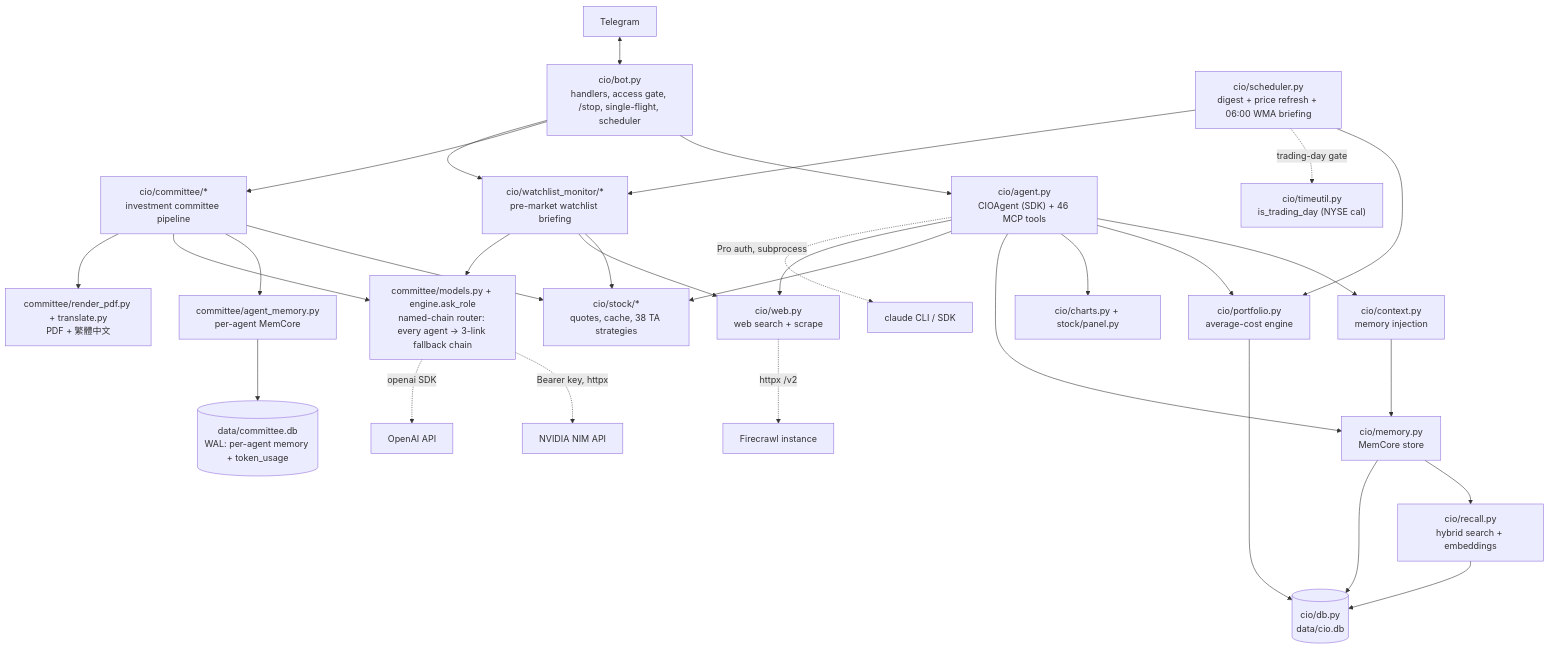
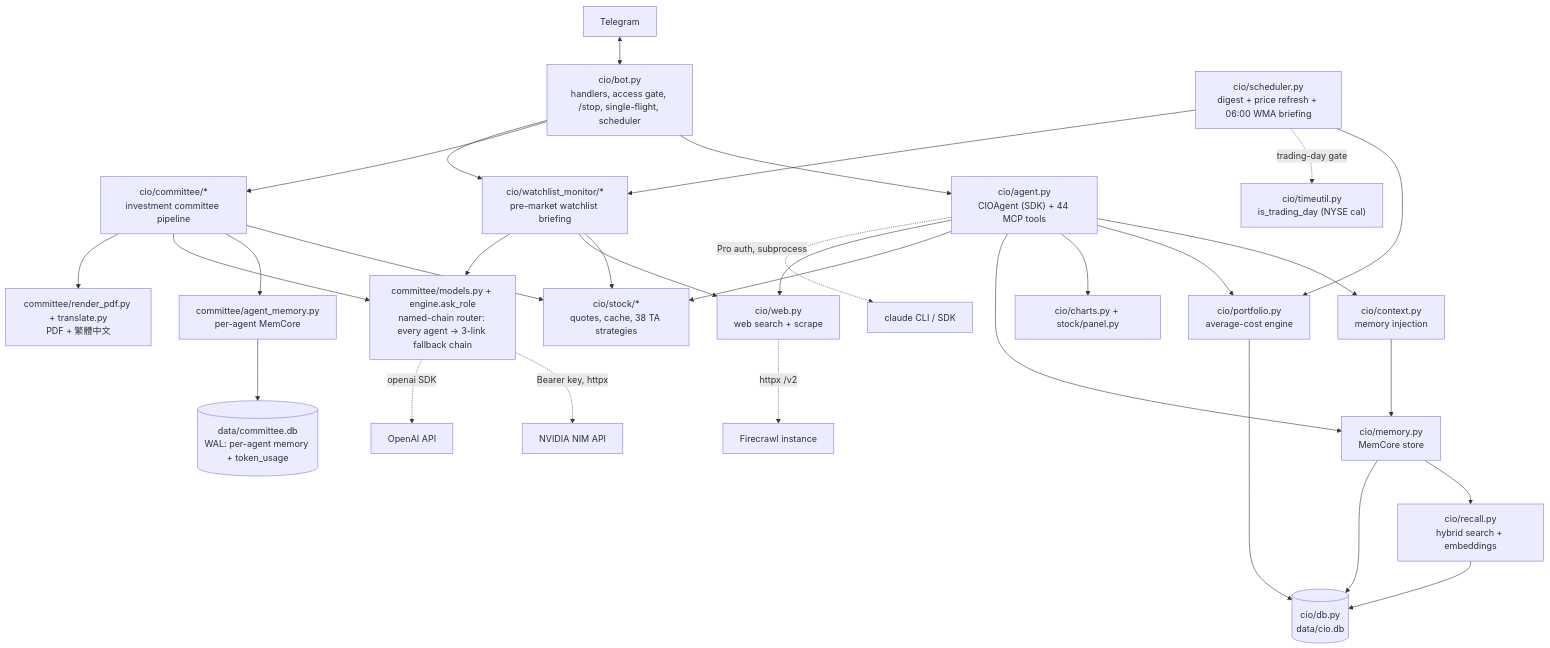
One commit to cloudaipro/CIOAgent changed the first of 6 diagrams in docs/TECHNICAL_REPORT.md. Above: the diagram before and after it, drawn with Mermaid. The commit also changed other lines of this file and 16 other files, not shown here.

````diff
--- a/docs/TECHNICAL_REPORT.md
+++ b/docs/TECHNICAL_REPORT.md
@@ -39,33 +39,33 @@
 ```mermaid
 flowchart TD
     TG["Telegram"] <--> BOT["cio/bot.py<br/>handlers, access gate, /stop, single-flight, scheduler"]
-    BOT --> AGENT["cio/agent.py<br/>CIOAgent (SDK) + 46 MCP tools"]
+    BOT --> AGENT["cio/agent.py<br/>CIOAgent (SDK) + 44 MCP tools"]
     BOT --> COMM["cio/committee/*<br/>investment committee pipeline"]
     BOT --> WMA["cio/watchlist_monitor/*<br/>pre-market watchlist briefing"]
     AGENT --> CTX["cio/context.py<br/>memory injection"]
     AGENT --> PORT["cio/portfolio.py<br/>average-cost engine"]
     AGENT --> CHARTS["cio/charts.py + stock/panel.py"]
     AGENT --> MEM["cio/memory.py<br/>MemCore store"]
     AGENT --> STK["cio/stock/*<br/>quotes, cache, 38 TA strategies"]
     AGENT --> WEB["cio/web.py<br/>web search + scrape"]
     MEM --> RECALL["cio/recall.py<br/>hybrid search + embeddings"]
     CTX --> MEM
     COMM --> STK
     COMM --> AMEM["committee/agent_memory.py<br/>per-agent MemCore"]
     COMM --> MODELS["committee/models.py + engine.ask_role<br/>named-chain router: every agent → 3-link fallback chain"]
     COMM --> PDF["committee/render_pdf.py + translate.py<br/>PDF + 繁體中文"]
     AMEM --> CDB[("data/committee.db<br/>WAL: per-agent memory + token_usage")]
     PORT --> DB[("cio/db.py<br/>data/cio.db")]
     MEM --> DB
     RECALL --> DB
     SCHED["cio/scheduler.py<br/>digest + price refresh + 06:00 WMA briefing"] --> PORT
     SCHED -. "trading-day gate" .-> TU["cio/timeutil.py<br/>is_trading_day (NYSE cal)"]
     SCHED --> WMA
     WMA --> STK
     WMA --> WEB
     WMA --> MODELS
     AGENT -. "Pro auth, subprocess" .-> CLAUDE["claude CLI / SDK"]
     WEB -. "httpx /v2" .-> FC["Firecrawl instance"]
     MODELS -. "Bearer key, httpx" .-> NIM["NVIDIA NIM API"]
     MODELS -. "openai SDK" .-> OAI["OpenAI API"]
 ```
````
